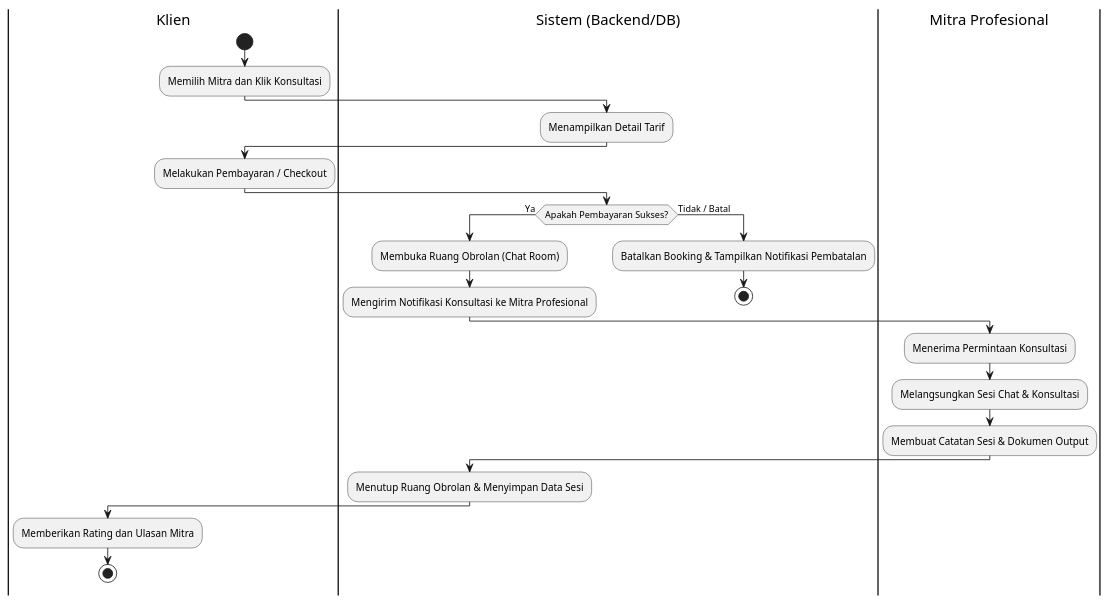
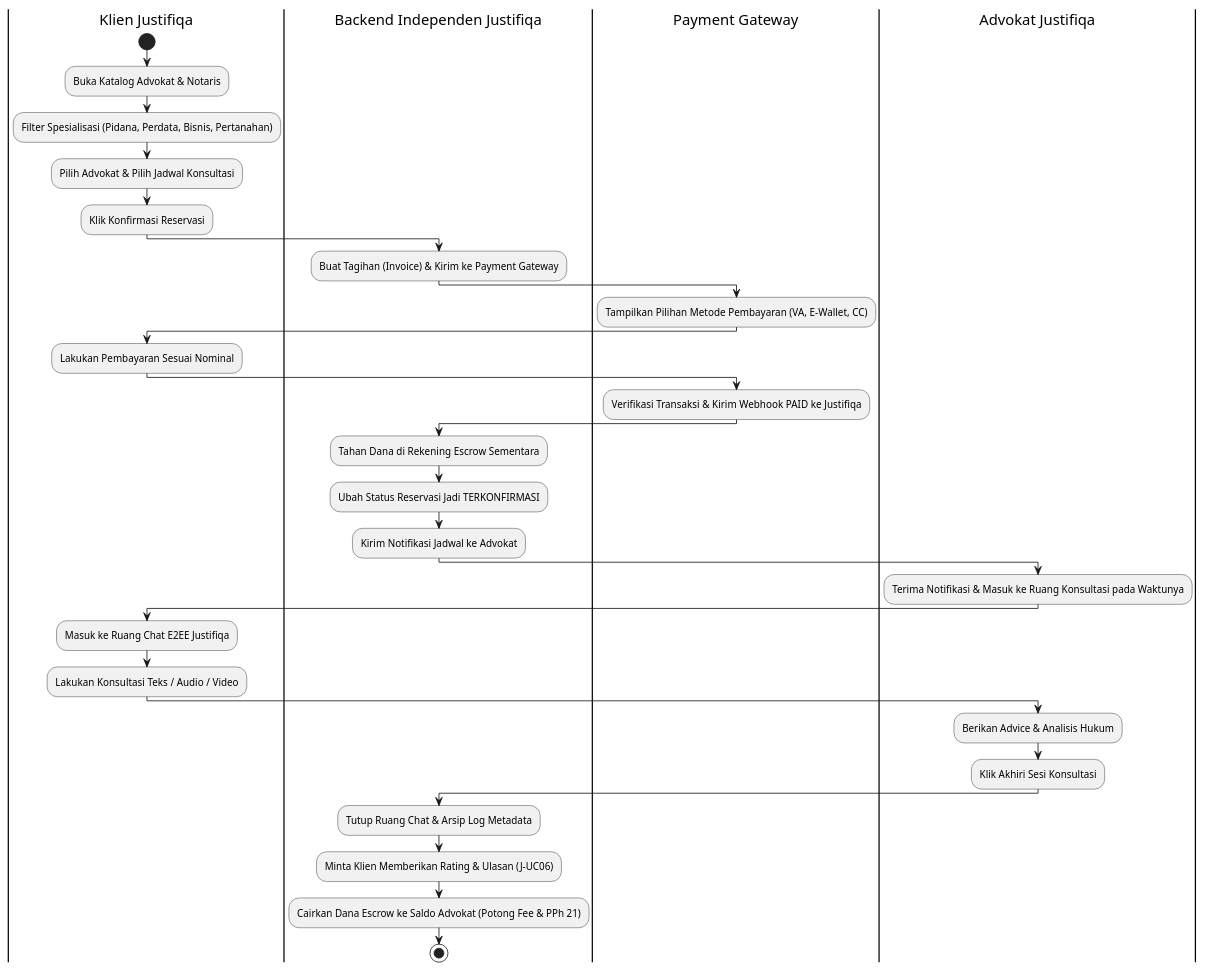
The third of 20 diagrams in MarkDown/plantuml_activity_diagrams.md (tupperwureism/SuperApp-Gagal), drawn with PlantUML before and after one commit. The commit also changed other lines of this file and 60 other files, not shown here.

````diff
--- a/MarkDown/plantuml_activity_diagrams.md
+++ b/MarkDown/plantuml_activity_diagrams.md
@@ -123,35 +142,44 @@
 ```plantuml
 @startuml
-|Klien|
+|Klien Justifiqa|
 start
-:Memilih Mitra dan Klik Konsultasi;
+:Buka Katalog Advokat & Notaris;
+:Filter Spesialisasi (Pidana, Perdata, Bisnis, Pertanahan);
+:Pilih Advokat & Pilih Jadwal Konsultasi;
+:Klik Konfirmasi Reservasi;
 
-|Sistem (Backend/DB)|
-:Menampilkan Detail Tarif;
+|Backend Independen Justifiqa|
+:Buat Tagihan (Invoice) & Kirim ke Payment Gateway;
 
-|Klien|
-:Melakukan Pembayaran / Checkout;
+|Payment Gateway|
+:Tampilkan Pilihan Metode Pembayaran (VA, E-Wallet, CC);
 
-|Sistem (Backend/DB)|
-if (Apakah Pembayaran Sukses?) is (Ya) then
-  :Membuka Ruang Obrolan (Chat Room);
-  :Mengirim Notifikasi Konsultasi ke Mitra Profesional;
-  
-  |Mitra Profesional|
-  :Menerima Permintaan Konsultasi;
-  :Melangsungkan Sesi Chat & Konsultasi;
-  :Membuat Catatan Sesi & Dokumen Output;
-  
-  |Sistem (Backend/DB)|
-  :Menutup Ruang Obrolan & Menyimpan Data Sesi;
-  
-  |Klien|
-  :Memberikan Rating dan Ulasan Mitra;
-  stop
-else (Tidak / Batal)
-  |Sistem (Backend/DB)|
-  :Batalkan Booking & Tampilkan Notifikasi Pembatalan;
-  stop
-endif
+|Klien Justifiqa|
+:Lakukan Pembayaran Sesuai Nominal;
+
+|Payment Gateway|
+:Verifikasi Transaksi & Kirim Webhook PAID ke Justifiqa;
+
+|Backend Independen Justifiqa|
+:Tahan Dana di Rekening Escrow Sementara;
+:Ubah Status Reservasi Jadi TERKONFIRMASI;
+:Kirim Notifikasi Jadwal ke Advokat;
+
+|Advokat Justifiqa|
+:Terima Notifikasi & Masuk ke Ruang Konsultasi pada Waktunya;
+
+|Klien Justifiqa|
+:Masuk ke Ruang Chat E2EE Justifiqa;
+:Lakukan Konsultasi Teks / Audio / Video;
+
+|Advokat Justifiqa|
+:Berikan Advice & Analisis Hukum;
+:Klik Akhiri Sesi Konsultasi;
+
+|Backend Independen Justifiqa|
+:Tutup Ruang Chat & Arsip Log Metadata;
+:Minta Klien Memberikan Rating & Ulasan (J-UC06);
+:Cairkan Dana Escrow ke Saldo Advokat (Potong Fee & PPh 21);
+stop
 @enduml
 ```
````
